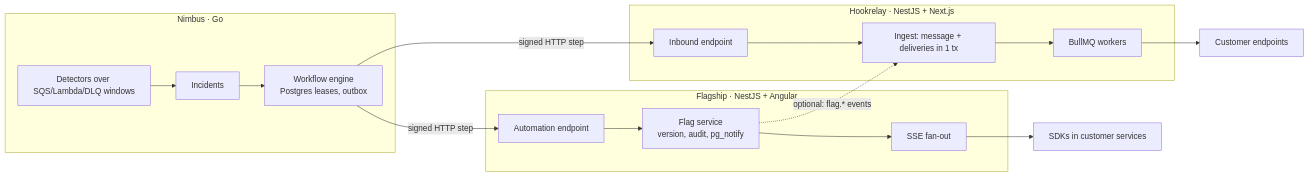
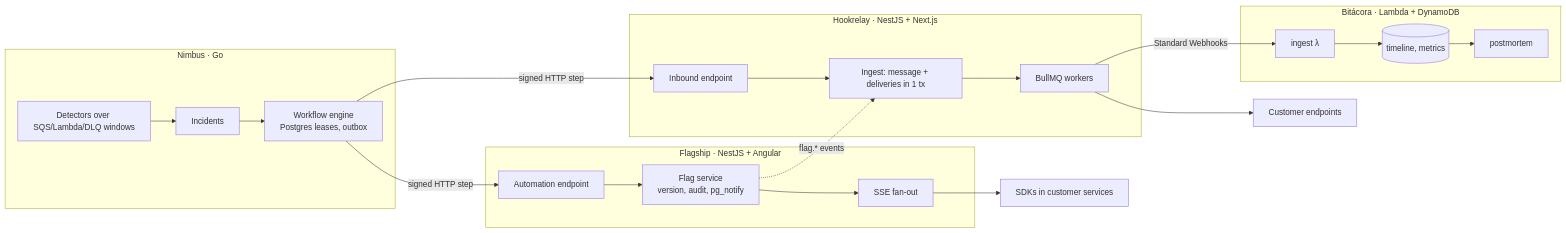
Before and after one commit to DRTX2/atalaya: the diagram in docs/ARCHITECTURE.md, drawn with Mermaid. The commit also changed other lines of this file and 6 other files, not shown here.

````diff
--- a/docs/ARCHITECTURE.md
+++ b/docs/ARCHITECTURE.md
@@ -5,17 +5,21 @@
 ```mermaid
 flowchart LR
   subgraph Nimbus[Nimbus · Go]
     D[Detectors over SQS/Lambda/DLQ windows] --> I[Incidents] --> W[Workflow engine<br/>Postgres leases, outbox]
   end
   subgraph Flagship[Flagship · NestJS + Angular]
     A[Automation endpoint] --> FS[Flag service<br/>version, audit, pg_notify] --> SSE[SSE fan-out]
   end
   subgraph Hookrelay[Hookrelay · NestJS + Next.js]
     IN[Inbound endpoint] --> ING[Ingest: message + deliveries in 1 tx] --> Q[BullMQ workers]
   end
   W -- "signed HTTP step" --> A
   W -- "signed HTTP step" --> IN
-  FS -. "optional: flag.* events" .-> ING
+  FS -. "flag.* events" .-> ING
   SSE --> SDK[SDKs in customer services]
   Q --> EXT[Customer endpoints]
+  subgraph Bitacora[Bitácora · Lambda + DynamoDB]
+    BI[ingest λ] --> BT[(timeline, metrics)] --> BP[postmortem]
+  end
+  Q -- "Standard Webhooks" --> BI
 ```
````
